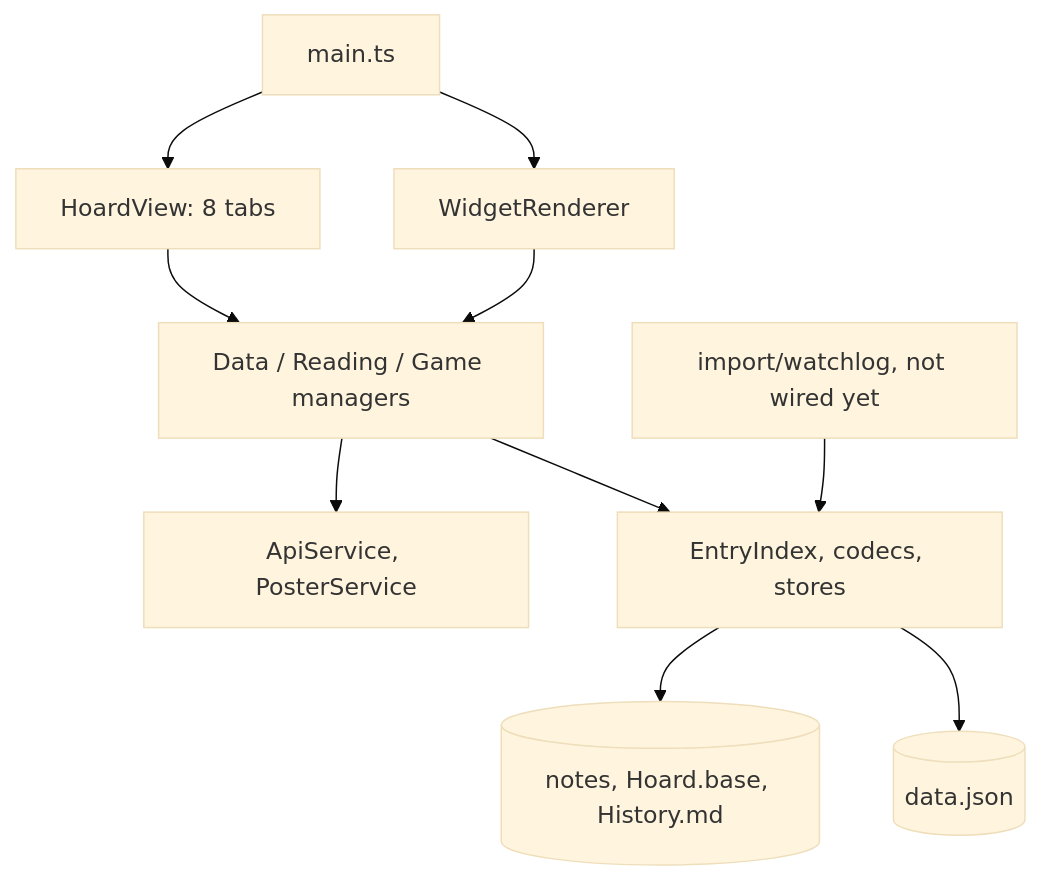
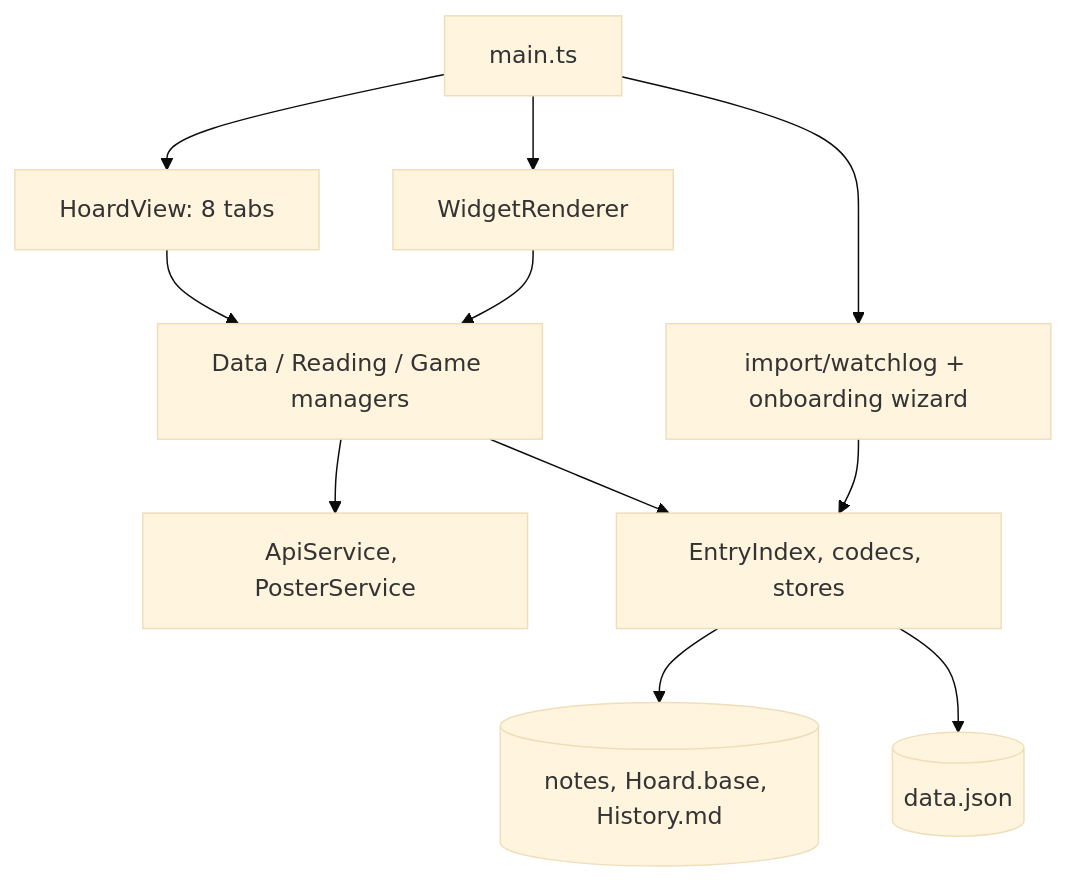
The diagram in docs/index.md (Macavity/obsidian-hoard), drawn with Mermaid (base theme) before and after one commit. The commit also changed other lines of this file and 26 other files, not shown here.

Commit message:
docs: refresh wiki for WatchLog import wizard

````diff
--- a/docs/index.md
+++ b/docs/index.md
@@ -39,12 +39,13 @@
 ```mermaid
 flowchart TD
   main[main.ts] --> View[HoardView: 8 tabs]
   main --> Widgets[WidgetRenderer]
   View --> Managers[Data / Reading / Game managers]
   Widgets --> Managers
   Managers --> API[ApiService, PosterService]
   Managers --> Storage[EntryIndex, codecs, stores]
   Storage --> Vault[(notes, Hoard.base, History.md)]
   Storage --> Local[(data.json)]
-  Import[import/watchlog, not wired yet] --> Storage
+  main --> Import[import/watchlog + onboarding wizard]
+  Import --> Storage
 ```
````
